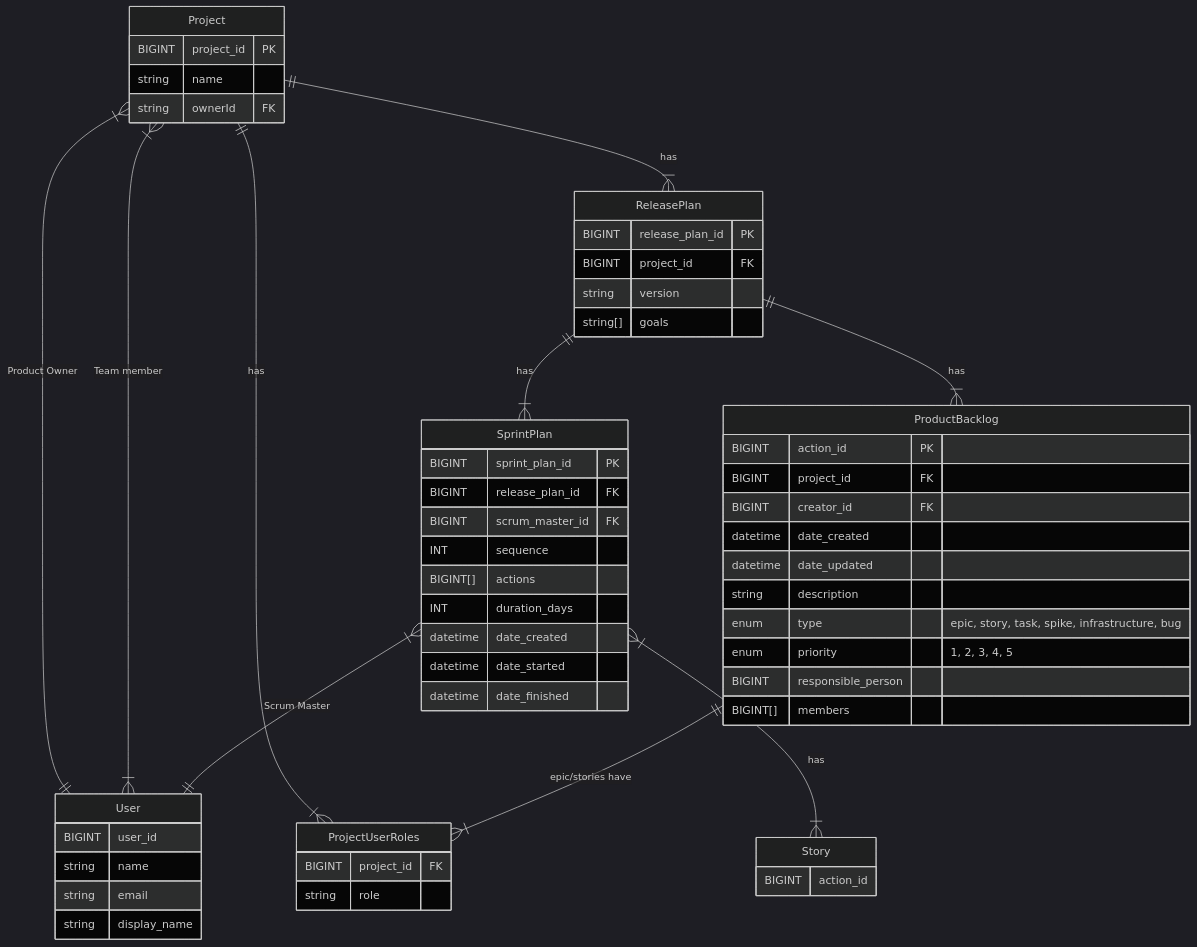
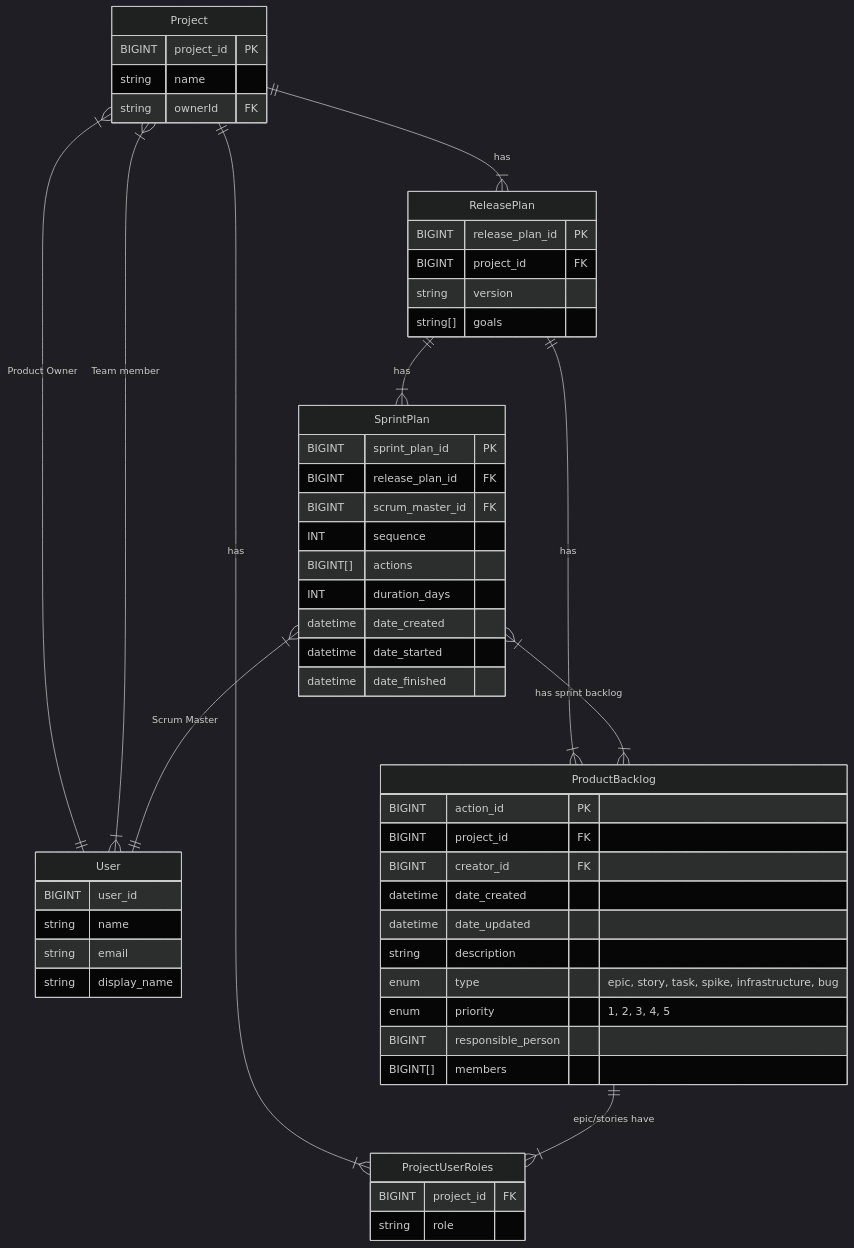
The diagram in documentation/development plans/data_model.md (adhocmaster/ScrumMate), drawn with Mermaid (dark theme) before and after one commit.

````diff
--- a/documentation/development plans/data_model.md
+++ b/documentation/development plans/data_model.md
@@ -4,85 +4,81 @@
 ```mermaid
 
 erDiagram
 
     User {
         BIGINT user_id
         string name
         string email
         string display_name
 
     }
 
     Project {
         BIGINT project_id PK
         string name
         string ownerId FK
     }
 
     ProjectUserRoles {
         BIGINT project_id FK
         string role
     }
 
     ReleasePlan {
         BIGINT release_plan_id PK
         BIGINT project_id FK
 
         string version 
         string[] goals
 
     }
 
     SprintPlan {
         BIGINT sprint_plan_id PK
         BIGINT release_plan_id FK
         BIGINT scrum_master_id FK
 
         INT sequence
         BIGINT[] actions
         
         INT duration_days
         datetime date_created
         datetime date_started
         datetime date_finished
     }
 
     ProductBacklog {
         BIGINT action_id PK
         BIGINT project_id FK
         BIGINT creator_id FK
 
         datetime date_created
         datetime date_updated
 
         string description
         enum type "epic, story, task, spike, infrastructure, bug"
         enum priority "1, 2, 3, 4, 5"
 
         BIGINT responsible_person
         BIGINT[] members
     }
 
-    Story {
-        BIGINT action_id
-    }
-
 
 
     Project }|--|| User: "Product Owner"
     Project }|--|{ User: "Team member"
     Project ||--|{ ProjectUserRoles: has
 
     Project ||--|{ ReleasePlan: has
     ReleasePlan ||--|{ SprintPlan: has
     ReleasePlan ||--|{ ProductBacklog: has
 
-    SprintPlan }|--|{ Story: has
+    SprintPlan }|--|{ ProductBacklog: "has sprint backlog"
     SprintPlan }|--|| User: "Scrum Master"
 
     
     ProductBacklog ||--|{ ProjectUserRoles: "epic/stories have"
 
 
 
 ```
````
